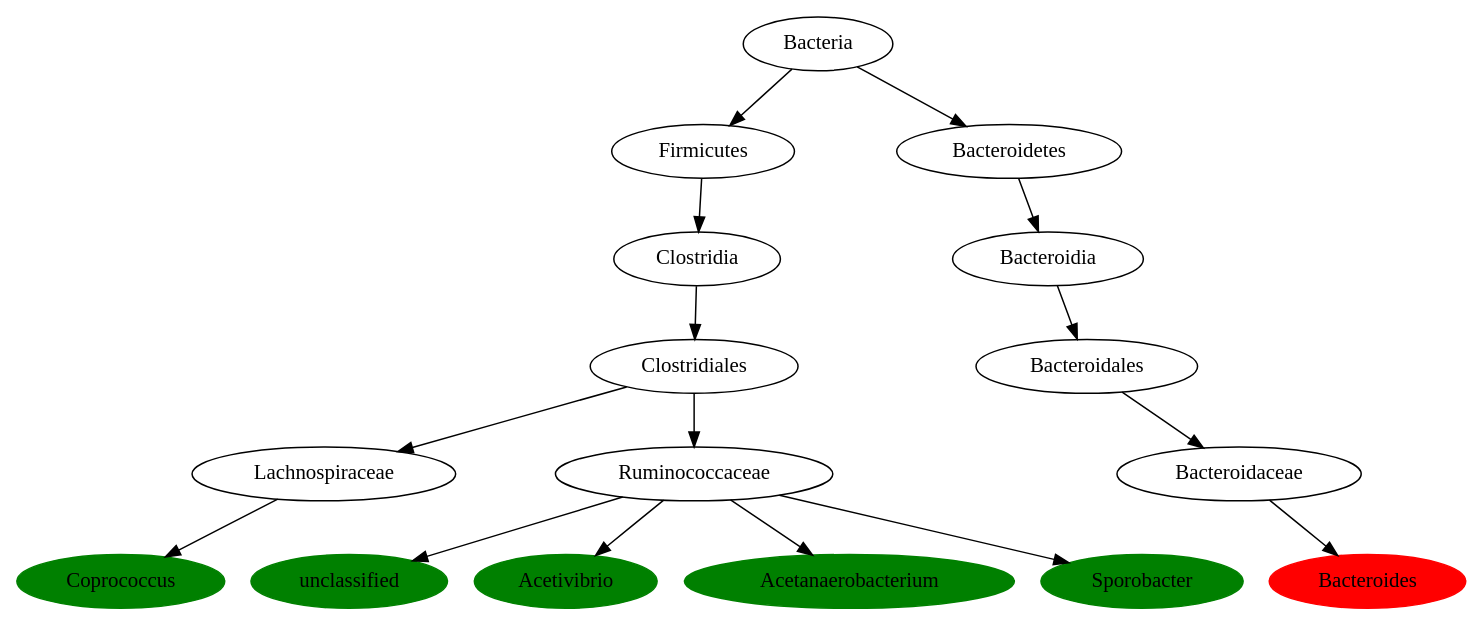
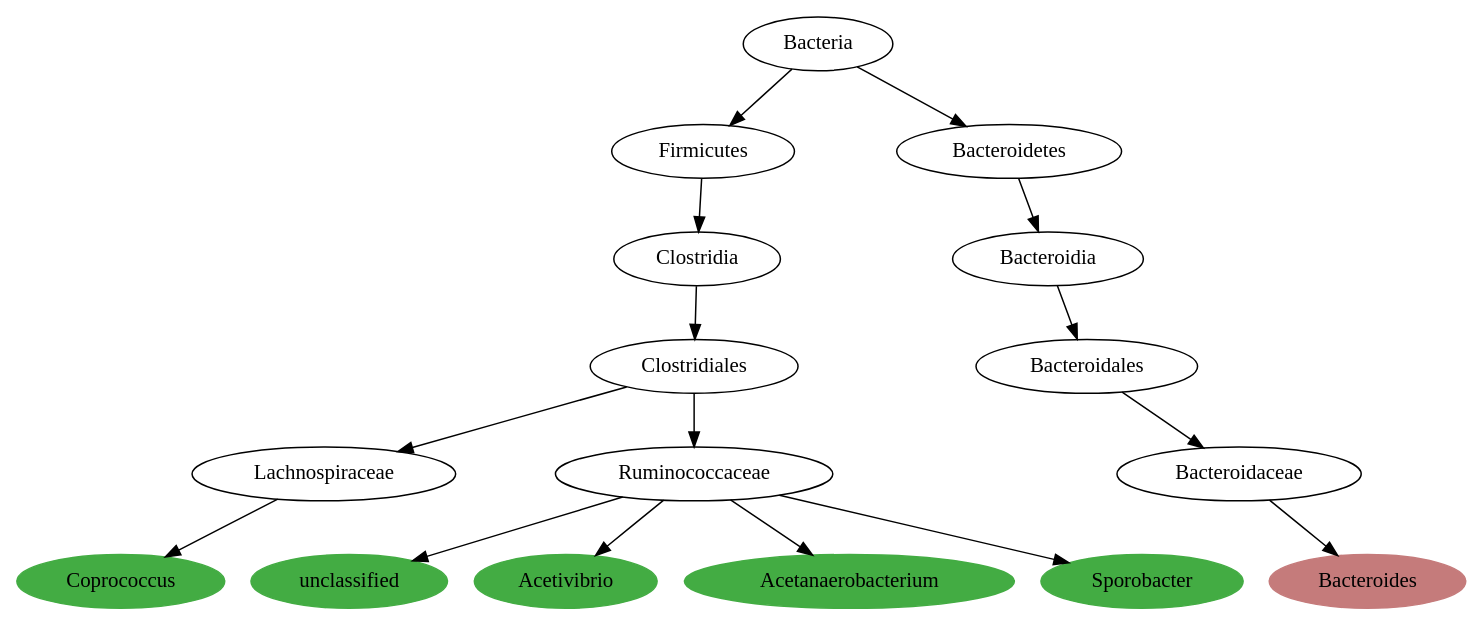
One commit to AndersHqst/thesis changed the diagram in experiments/4/phylogenetic-tree/dotfiles/5.dot. Above: the diagram before and after it, drawn with Graphviz. The commit also changed 77 other files, not shown here.

Commit message:
Added plotting code for summary graphs

```diff
--- a/experiments/4/phylogenetic-tree/dotfiles/5.dot
+++ b/experiments/4/phylogenetic-tree/dotfiles/5.dot
@@ -1,54 +1,54 @@
 digraph G { 
-	LachnospiraceaeCoprococcus [label="Coprococcus", color="green", style=filled];
+	LachnospiraceaeCoprococcus [label="Coprococcus", color="#43AC43", style=filled];
 	ClostridialesLachnospiraceae [label="Lachnospiraceae"];
 	LachnospiraceaeCoprococcus [label="Coprococcus"];
 	ClostridialesLachnospiraceae -> LachnospiraceaeCoprococcus;
 	ClostridiaClostridiales [label="Clostridiales"];
 	ClostridialesLachnospiraceae [label="Lachnospiraceae"];
 	ClostridiaClostridiales -> ClostridialesLachnospiraceae;
 	FirmicutesClostridia [label="Clostridia"];
 	ClostridiaClostridiales [label="Clostridiales"];
 	FirmicutesClostridia -> ClostridiaClostridiales;
 	BacteriaFirmicutes [label="Firmicutes"];
 	FirmicutesClostridia [label="Clostridia"];
 	BacteriaFirmicutes -> FirmicutesClostridia;
 	Bacteria [label="Bacteria"];
 	BacteriaFirmicutes [label="Firmicutes"];
 	Bacteria -> BacteriaFirmicutes;
-	Ruminococcaceaeunclassified [label="unclassified", color="green", style=filled];
+	Ruminococcaceaeunclassified [label="unclassified", color="#43AC43", style=filled];
 	ClostridialesRuminococcaceae [label="Ruminococcaceae"];
 	Ruminococcaceaeunclassified [label="unclassified"];
 	ClostridialesRuminococcaceae -> Ruminococcaceaeunclassified;
 	ClostridiaClostridiales [label="Clostridiales"];
 	ClostridialesRuminococcaceae [label="Ruminococcaceae"];
 	ClostridiaClostridiales -> ClostridialesRuminococcaceae;
-	RuminococcaceaeAcetivibrio [label="Acetivibrio", color="green", style=filled];
+	RuminococcaceaeAcetivibrio [label="Acetivibrio", color="#43AC43", style=filled];
 	ClostridialesRuminococcaceae [label="Ruminococcaceae"];
 	RuminococcaceaeAcetivibrio [label="Acetivibrio"];
 	ClostridialesRuminococcaceae -> RuminococcaceaeAcetivibrio;
-	RuminococcaceaeAcetanaerobacterium [label="Acetanaerobacterium", color="green", style=filled];
+	RuminococcaceaeAcetanaerobacterium [label="Acetanaerobacterium", color="#43AC43", style=filled];
 	ClostridialesRuminococcaceae [label="Ruminococcaceae"];
 	RuminococcaceaeAcetanaerobacterium [label="Acetanaerobacterium"];
 	ClostridialesRuminococcaceae -> RuminococcaceaeAcetanaerobacterium;
-	RuminococcaceaeSporobacter [label="Sporobacter", color="green", style=filled];
+	RuminococcaceaeSporobacter [label="Sporobacter", color="#43AC43", style=filled];
 	ClostridialesRuminococcaceae [label="Ruminococcaceae"];
 	RuminococcaceaeSporobacter [label="Sporobacter"];
 	ClostridialesRuminococcaceae -> RuminococcaceaeSporobacter;
-	BacteroidaceaeBacteroides [label="Bacteroides", color="red", style=filled];
+	BacteroidaceaeBacteroides [label="Bacteroides", color="#C57B7B", style=filled];
 	BacteroidalesBacteroidaceae [label="Bacteroidaceae"];
 	BacteroidaceaeBacteroides [label="Bacteroides"];
 	BacteroidalesBacteroidaceae -> BacteroidaceaeBacteroides;
 	BacteroidiaBacteroidales [label="Bacteroidales"];
 	BacteroidalesBacteroidaceae [label="Bacteroidaceae"];
 	BacteroidiaBacteroidales -> BacteroidalesBacteroidaceae;
 	BacteroidetesBacteroidia [label="Bacteroidia"];
 	BacteroidiaBacteroidales [label="Bacteroidales"];
 	BacteroidetesBacteroidia -> BacteroidiaBacteroidales;
 	BacteriaBacteroidetes [label="Bacteroidetes"];
 	BacteroidetesBacteroidia [label="Bacteroidia"];
 	BacteriaBacteroidetes -> BacteroidetesBacteroidia;
 	Bacteria [label="Bacteria"];
 	BacteriaBacteroidetes [label="Bacteroidetes"];
 	Bacteria -> BacteriaBacteroidetes;
 
  }
```
